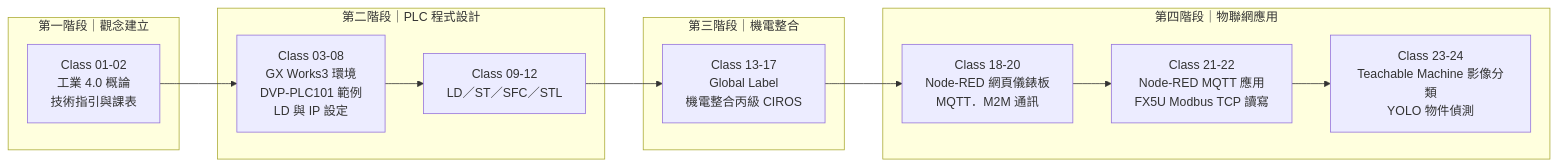
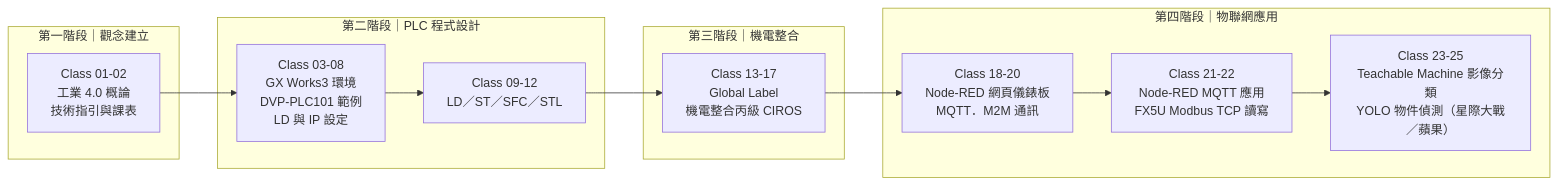
One commit to yd7148/INDUSTRY-4.0 changed the first of 6 diagrams in README.md. Above: the diagram before and after it, drawn with Mermaid. The commit also changed other lines of this file and 2 other files, not shown here.

Commit message:
Sync docs for Class-25 (25 classes, 26 videos, timeline legend)

````diff
--- a/README.md
+++ b/README.md
@@ -22,19 +22,19 @@
 ```mermaid
 flowchart LR
     subgraph P1["第一階段｜觀念建立"]
         A1["Class 01-02<br/>工業 4.0 概論<br/>技術指引與課表"]
     end
     subgraph P2["第二階段｜PLC 程式設計"]
         B1["Class 03-08<br/>GX Works3 環境<br/>DVP-PLC101 範例<br/>LD 與 IP 設定"]
         B2["Class 09-12<br/>LD／ST／SFC／STL"]
     end
     subgraph P3["第三階段｜機電整合"]
         C1["Class 13-17<br/>Global Label<br/>機電整合丙級 CIROS"]
     end
     subgraph P4["第四階段｜物聯網應用"]
         D1["Class 18-20<br/>Node-RED 網頁儀錶板<br/>MQTT．M2M 通訊"]
         D2["Class 21-22<br/>Node-RED MQTT 應用<br/>FX5U Modbus TCP 讀寫"]
-        D3["Class 23-24<br/>Teachable Machine 影像分類<br/>YOLO 物件偵測"]
+        D3["Class 23-25<br/>Teachable Machine 影像分類<br/>YOLO 物件偵測（星際大戰／蘋果）"]
     end
     A1 --> B1 --> B2 --> C1 --> D1 --> D2 --> D3
 ```
````
